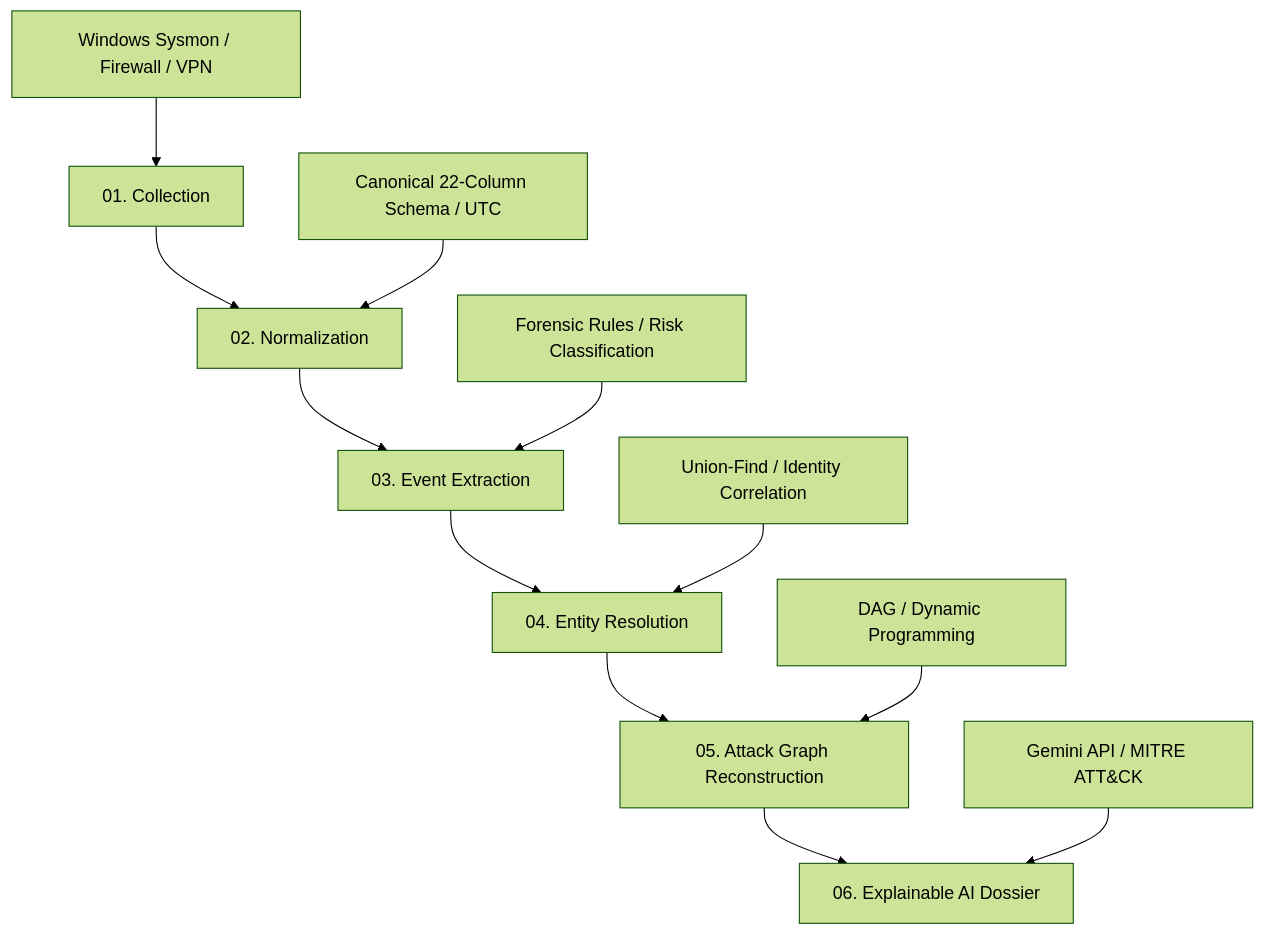
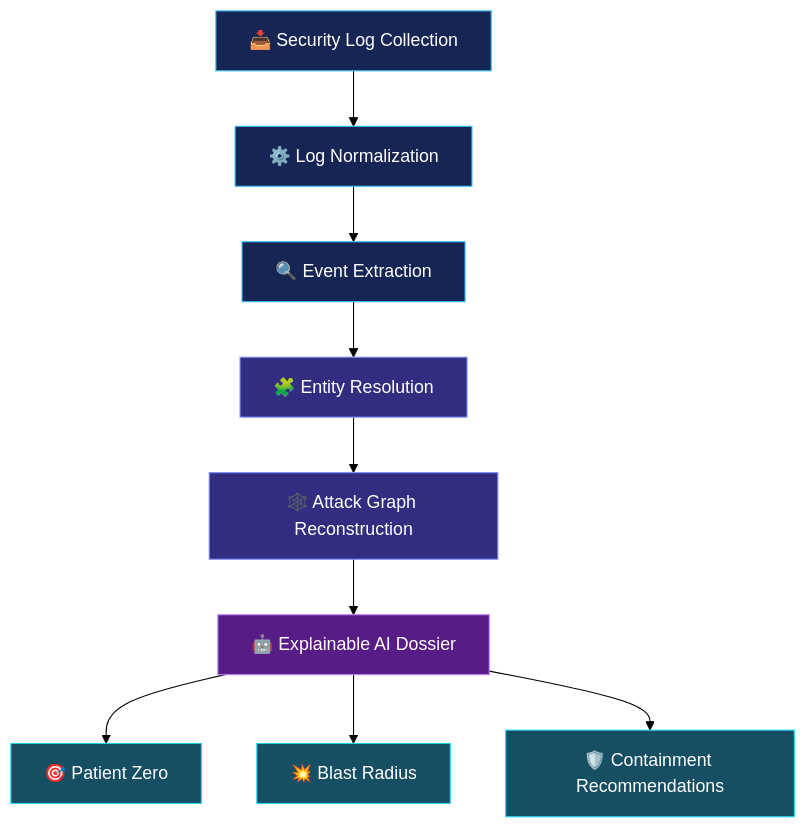
One commit to twinklee176/chimera-cyber-investigator changed the diagram in README.md. Above: the diagram before and after it, drawn with Mermaid (forest theme). The commit also changed other lines of this file, not shown here.

````diff
--- a/README.md
+++ b/README.md
@@ -73,15 +103,22 @@
 ```mermaid
 flowchart TD
-    A["01. Collection"] --> B["02. Normalization"]
-    B --> C["03. Event Extraction"]
-    C --> D["04. Entity Resolution"]
-    D --> E["05. Attack Graph Reconstruction"]
-    E --> F["06. Explainable AI Dossier"]
+    A["📥 Security Log Collection"] --> B["⚙️ Log Normalization"]
+    B --> C["🔍 Event Extraction"]
+    C --> D["🧩 Entity Resolution"]
+    D --> E["🕸️ Attack Graph Reconstruction"]
+    E --> F["🤖 Explainable AI Dossier"]
 
-    A1["Windows Sysmon / Firewall / VPN"] --> A
-    B1["Canonical 22-Column Schema / UTC"] --> B
-    C1["Forensic Rules / Risk Classification"] --> C
-    D1["Union-Find / Identity Correlation"] --> D
-    E1["DAG / Dynamic Programming"] --> E
-    F1["Gemini API / MITRE ATT&CK"] --> F
+    F --> G["🎯 Patient Zero"]
+    F --> H["💥 Blast Radius"]
+    F --> I["🛡️ Containment Recommendations"]
+
+    style A fill:#172554,stroke:#38BDF8,color:#FFFFFF
+    style B fill:#172554,stroke:#38BDF8,color:#FFFFFF
+    style C fill:#172554,stroke:#38BDF8,color:#FFFFFF
+    style D fill:#312E81,stroke:#818CF8,color:#FFFFFF
+    style E fill:#312E81,stroke:#818CF8,color:#FFFFFF
+    style F fill:#581C87,stroke:#C084FC,color:#FFFFFF
+    style G fill:#164E63,stroke:#22D3EE,color:#FFFFFF
+    style H fill:#164E63,stroke:#22D3EE,color:#FFFFFF
+    style I fill:#164E63,stroke:#22D3EE,color:#FFFFFF
 ```
````
